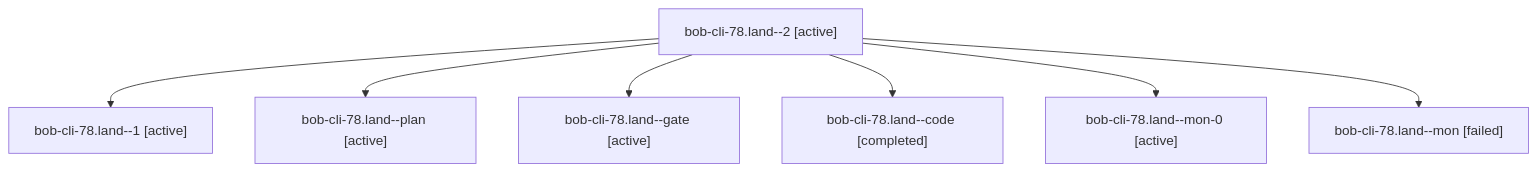
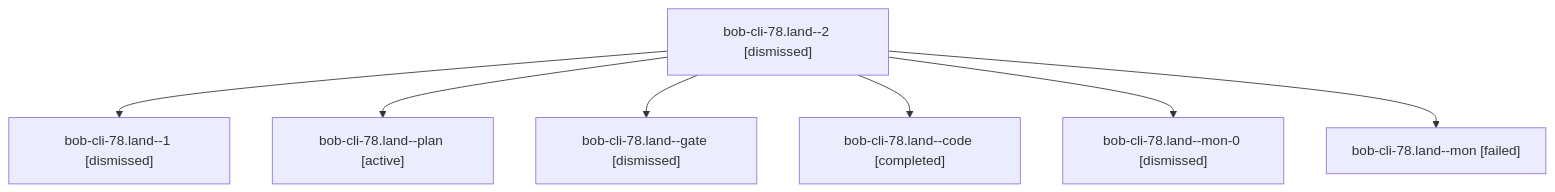
One commit to bobs-org/bob-cli--agents changed the diagram in sessions/bbugyi200.apollo.bob-cli-78.land.md. Above: the diagram before and after it, drawn with Mermaid. The commit also changed other lines of this file and 139 other files, not shown here.

````diff
--- a/sessions/bbugyi200.apollo.bob-cli-78.land.md
+++ b/sessions/bbugyi200.apollo.bob-cli-78.land.md
@@ -9,16 +9,16 @@
 ```mermaid
 flowchart TD
-  n0["bob-cli-78.land--2 [active]"]
-  n1["bob-cli-78.land--1 [active]"]
+  n0["bob-cli-78.land--2 [dismissed]"]
+  n1["bob-cli-78.land--1 [dismissed]"]
   n0 --> n1
   n2["bob-cli-78.land--plan [active]"]
   n0 --> n2
-  n3["bob-cli-78.land--gate [active]"]
+  n3["bob-cli-78.land--gate [dismissed]"]
   n0 --> n3
   n4["bob-cli-78.land--code [completed]"]
   n0 --> n4
-  n5["bob-cli-78.land--mon-0 [active]"]
+  n5["bob-cli-78.land--mon-0 [dismissed]"]
   n0 --> n5
   n6["bob-cli-78.land--mon [failed]"]
   n0 --> n6
 ```
````
